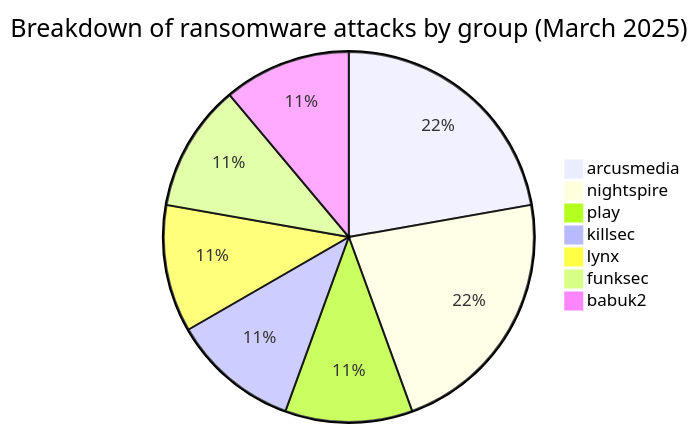
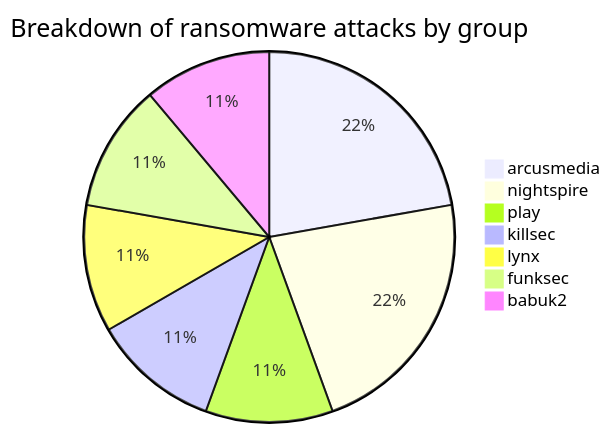
One commit to Hatchepsoute/AFRINTEL changed the first of 5 diagrams in reports/2025/03-march/README.md. Above: the diagram before and after it, drawn with Mermaid. The commit also changed 1 other file, not shown here.

Commit message:
chore: update repo content

````diff
--- a/reports/2025/03-march/README.md
+++ b/reports/2025/03-march/README.md
@@ -32,10 +32,10 @@
 ```mermaid
-pie title Breakdown of ransomware attacks by group (March 2025)
+pie title Breakdown of ransomware attacks by group
     "arcusmedia" : 2
     "nightspire" : 2
     "play" : 1
     "killsec" : 1
     "lynx" : 1
     "funksec" : 1
     "babuk2" : 1
 ```
````
